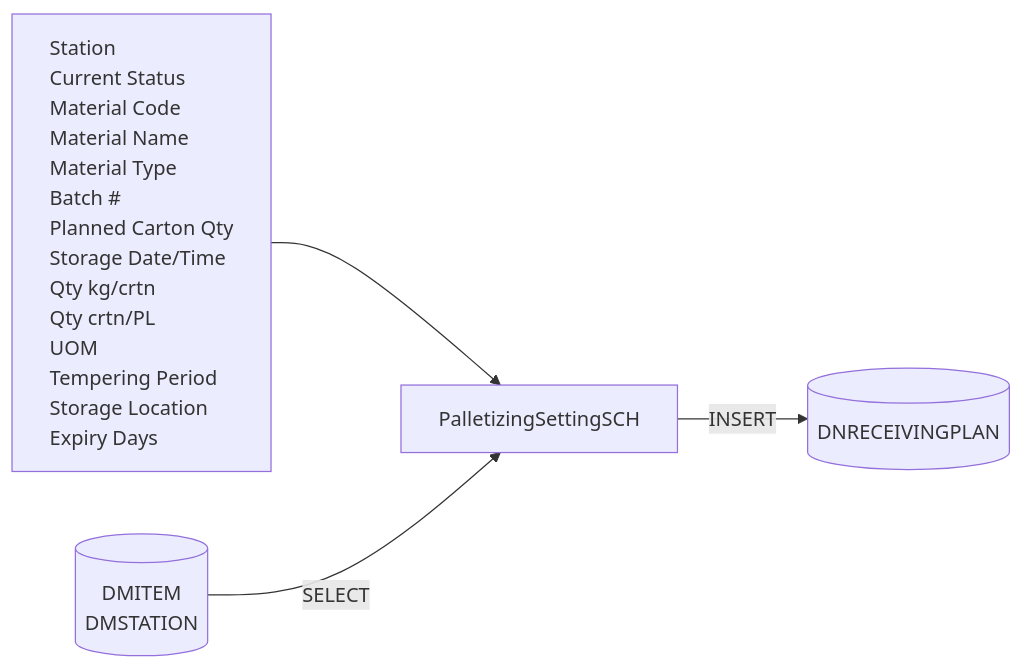
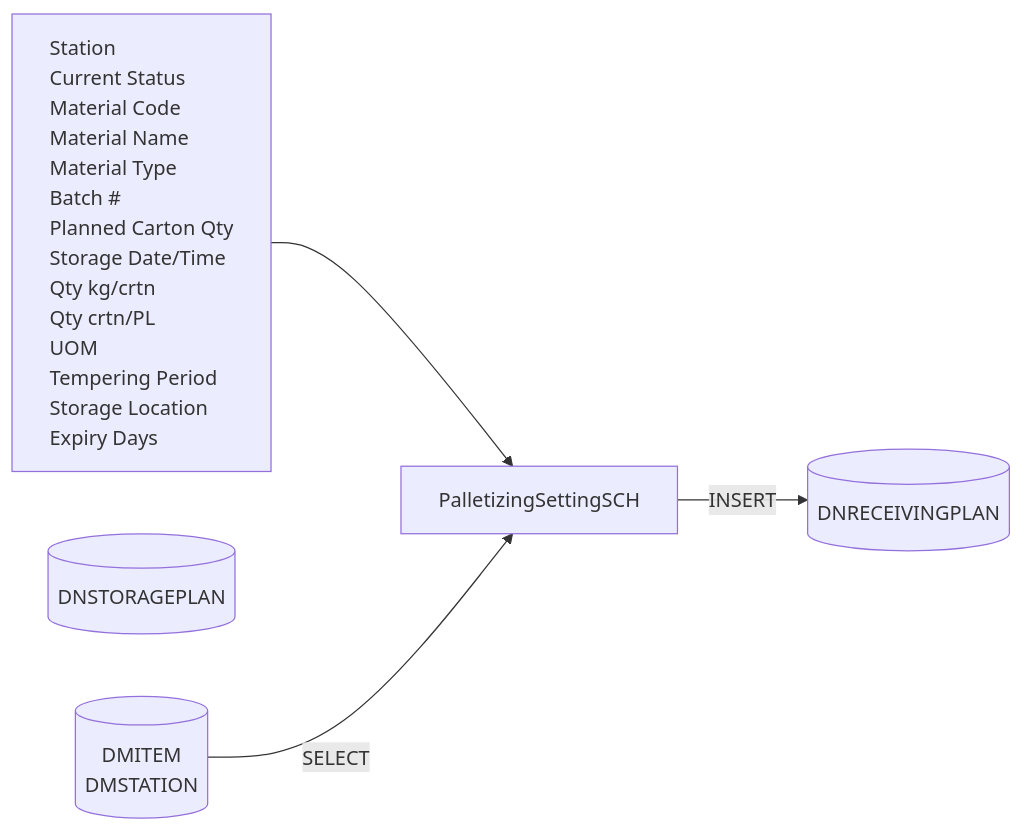
The fourth of 4 diagrams in Basic-Design/DFD-WMS/Storage/PALLETIZE-OPERATION-(HP)/0.-Palletize-Start.md (luthfiadityaa/SimeDarby-Wiki), drawn with Mermaid before and after one commit.

Commit message:
Updated 0. Palletize Start

```diff
--- a/Basic-Design/DFD-WMS/Storage/PALLETIZE-OPERATION-(HP)/0.-Palletize-Start.md
+++ b/Basic-Design/DFD-WMS/Storage/PALLETIZE-OPERATION-(HP)/0.-Palletize-Start.md
@@ -63,36 +63,40 @@
 ::: mermaid
 flowchart LR
     input[
-        Station
+        Station 
         Current Status
         Material Code
         Material Name
         Material Type
         Batch #
         Planned Carton Qty
         Storage Date/Time
         Qty kg/crtn
         Qty crtn/PL
         UOM
         Tempering Period
         Storage Location
         Expiry Days
     ]
 
     tableList-insert[("
         DNRECEIVINGPLAN
     ")]
 
+    tableList-insert2[("
+        DNSTORAGEPLAN
+    ")]
+
      tableList-select[("
         DMITEM
         DMSTATION
     ")]
 
     className[PalletizingSettingSCH]
 
     input --> className --> |INSERT| tableList-insert
     tableList-select --> |SELECT| className
 
     classDef leftAlign text-align:left;
     class input leftAlign;
 :::
```
